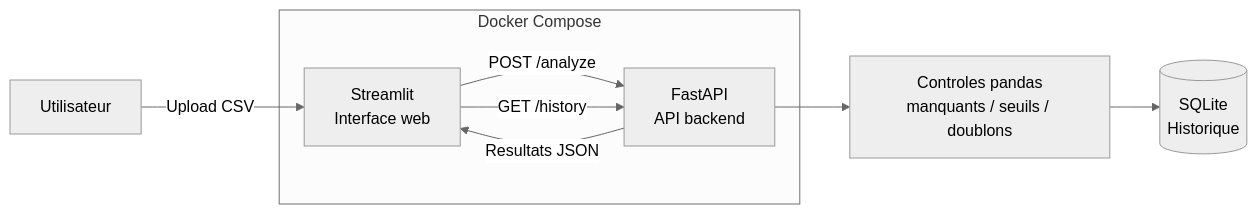
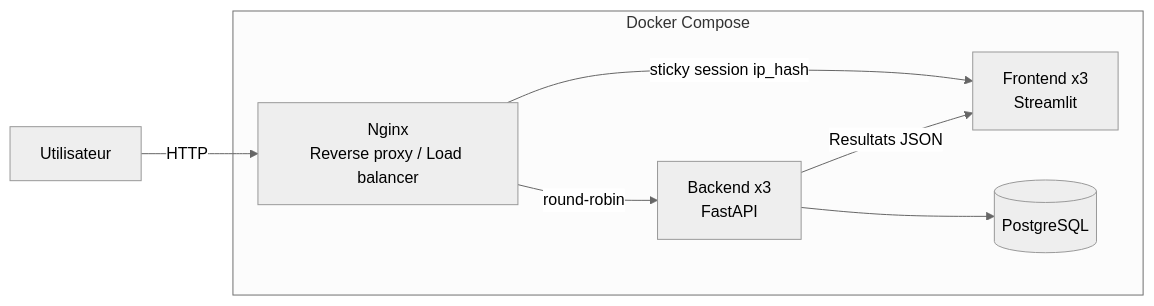
The diagram in README.md (SLYRAK07/Data-Quality-App), drawn with Mermaid (neutral theme) before and after one commit. The commit also changed other lines of this file, not shown here.

````diff
--- a/README.md
+++ b/README.md
@@ -17,14 +20,14 @@
 ```mermaid
 flowchart LR
-    A[Utilisateur] -->|Upload CSV| B[Streamlit<br/>Interface web]
-    B -->|POST /analyze| C[FastAPI<br/>API backend]
-    C --> D[Controles pandas<br/>manquants / seuils / doublons]
-    D --> E[(SQLite<br/>Historique)]
-    C -->|Resultats JSON| B
-    B -->|GET /history| C
-
+    A[Utilisateur] -->|HTTP| N[Nginx<br/>Reverse proxy / Load balancer]
+    N -->|round-robin| B1[Backend x3<br/>FastAPI]
+    N -->|sticky session ip_hash| F1[Frontend x3<br/>Streamlit]
+    B1 --> D[(PostgreSQL)]
+    B1 -->|Resultats JSON| F1
     subgraph Docker Compose
-        B
-        C
+        N
+        B1
+        F1
+        D
     end
 ```
````
